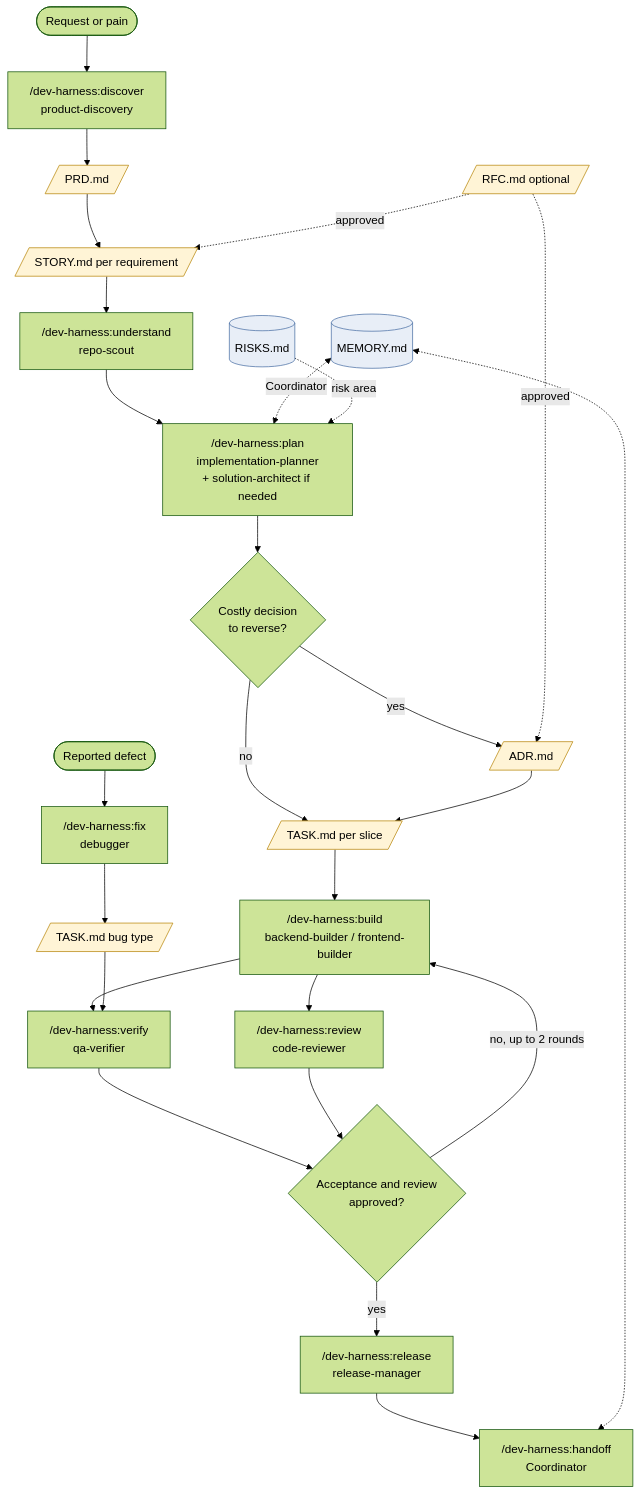
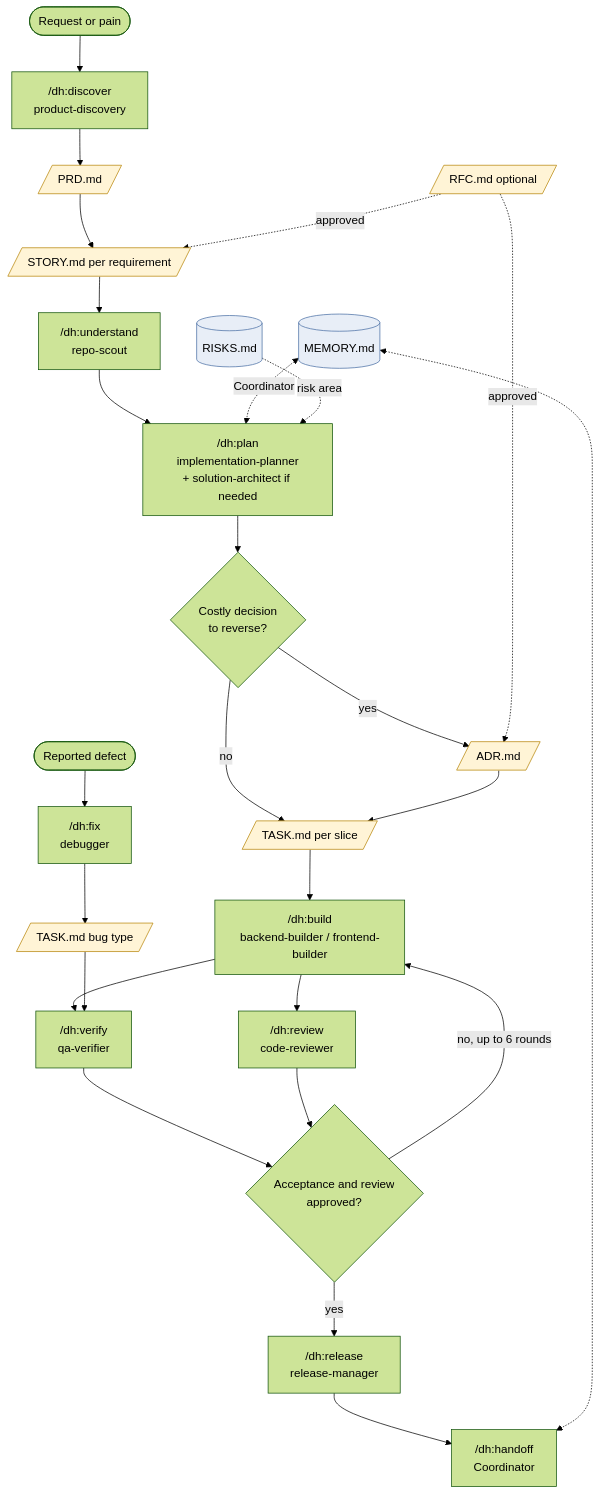
Before and after one commit to danielmalka/dev-harness: the first of 2 diagrams in docs/en/tutorials/templates.md, drawn with Mermaid (forest theme). The commit also changed other lines of this file and 159 other files, not shown here.

````diff
--- a/docs/en/tutorials/templates.md
+++ b/docs/en/tutorials/templates.md
@@ -49,36 +49,36 @@
 ```mermaid
 flowchart TB
-    ideia([Request or pain]) --> discover["/dev-harness:discover<br/>product-discovery"]
+    ideia([Request or pain]) --> discover["/dh:discover<br/>product-discovery"]
     discover --> prd[/PRD.md/]
     prd --> stories[/STORY.md per requirement/]
-    stories --> understand["/dev-harness:understand<br/>repo-scout"]
-    understand --> plan["/dev-harness:plan<br/>implementation-planner<br/>+ solution-architect if needed"]
+    stories --> understand["/dh:understand<br/>repo-scout"]
+    understand --> plan["/dh:plan<br/>implementation-planner<br/>+ solution-architect if needed"]
     plan --> decisao{Costly decision<br/>to reverse?}
     decisao -->|yes| adr[/ADR.md/]
     decisao -->|no| tasks
     adr --> tasks[/TASK.md per slice/]
-    tasks --> build["/dev-harness:build<br/>backend-builder / frontend-builder"]
-    build --> verify["/dev-harness:verify<br/>qa-verifier"]
-    build --> review["/dev-harness:review<br/>code-reviewer"]
+    tasks --> build["/dh:build<br/>backend-builder / frontend-builder"]
+    build --> verify["/dh:verify<br/>qa-verifier"]
+    build --> review["/dh:review<br/>code-reviewer"]
     verify --> ok{Acceptance and review<br/>approved?}
     review --> ok
-    ok -->|no, up to 2 rounds| build
-    ok -->|yes| release["/dev-harness:release<br/>release-manager"]
-    release --> handoff["/dev-harness:handoff<br/>Coordinator"]
+    ok -->|no, up to 6 rounds| build
+    ok -->|yes| release["/dh:release<br/>release-manager"]
+    release --> handoff["/dh:handoff<br/>Coordinator"]
 
-    bug([Reported defect]) --> fix["/dev-harness:fix<br/>debugger"]
+    bug([Reported defect]) --> fix["/dh:fix<br/>debugger"]
     fix --> bugtask[/TASK.md bug type/]
     bugtask --> verify
 
     rfc[/RFC.md optional/] -.->|approved| adr
     rfc -.->|approved| stories
 
     memoria[(MEMORY.md)] <-.->|Coordinator| plan
     memoria <-.-> handoff
     risks[(RISKS.md)] -.->|risk area| plan
 
     classDef doc fill:#fff4d6,stroke:#b8860b
     classDef mem fill:#e8eef7,stroke:#4a6fa5
     class prd,stories,adr,tasks,bugtask,rfc doc
     class memoria,risks mem
 ```
````
